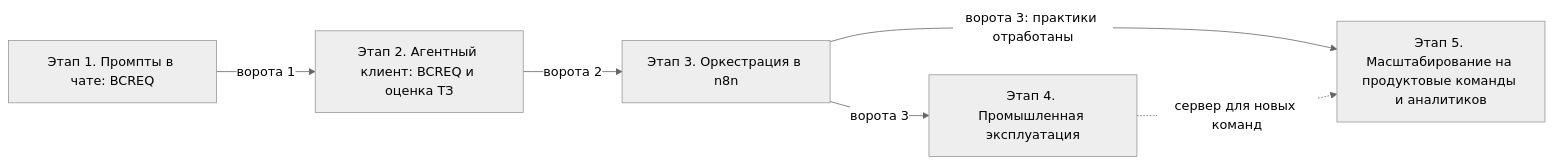
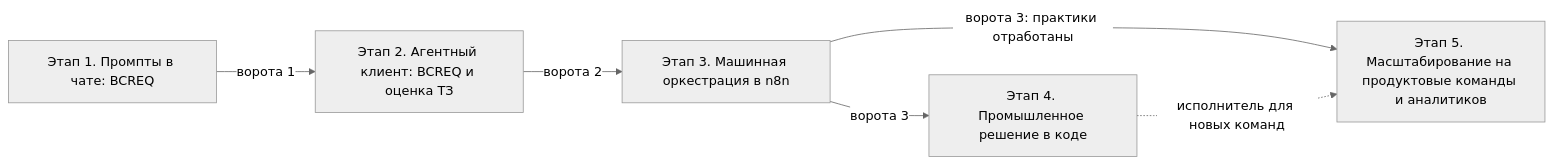
The fourth of 4 diagrams in docs/rfc/2026-10-ba-automation-strategy.md (G-Ivan-A/mango_ba_prompts), drawn with Mermaid (neutral theme) before and after one commit. The commit also changed other lines of this file, not shown here.

````diff
--- a/docs/rfc/2026-10-ba-automation-strategy.md
+++ b/docs/rfc/2026-10-ba-automation-strategy.md
@@ -452,8 +540,8 @@
 ```mermaid
 flowchart LR
   S1["Этап 1. Промпты в чате: BCREQ"] -->|"ворота 1"| S2["Этап 2. Агентный клиент: BCREQ и оценка ТЗ"]
-  S2 -->|"ворота 2"| S3["Этап 3. Оркестрация в n8n"]
-  S3 -->|"ворота 3"| S4["Этап 4. Промышленная эксплуатация"]
+  S2 -->|"ворота 2"| S3["Этап 3. Машинная оркестрация в n8n"]
+  S3 -->|"ворота 3"| S4["Этап 4. Промышленное решение в коде"]
   S3 -->|"ворота 3: практики отработаны"| S5["Этап 5. Масштабирование на продуктовые команды и аналитиков"]
-  S4 -.->|"сервер для новых команд"| S5
+  S4 -.->|"исполнитель для новых команд"| S5
 ```
````
